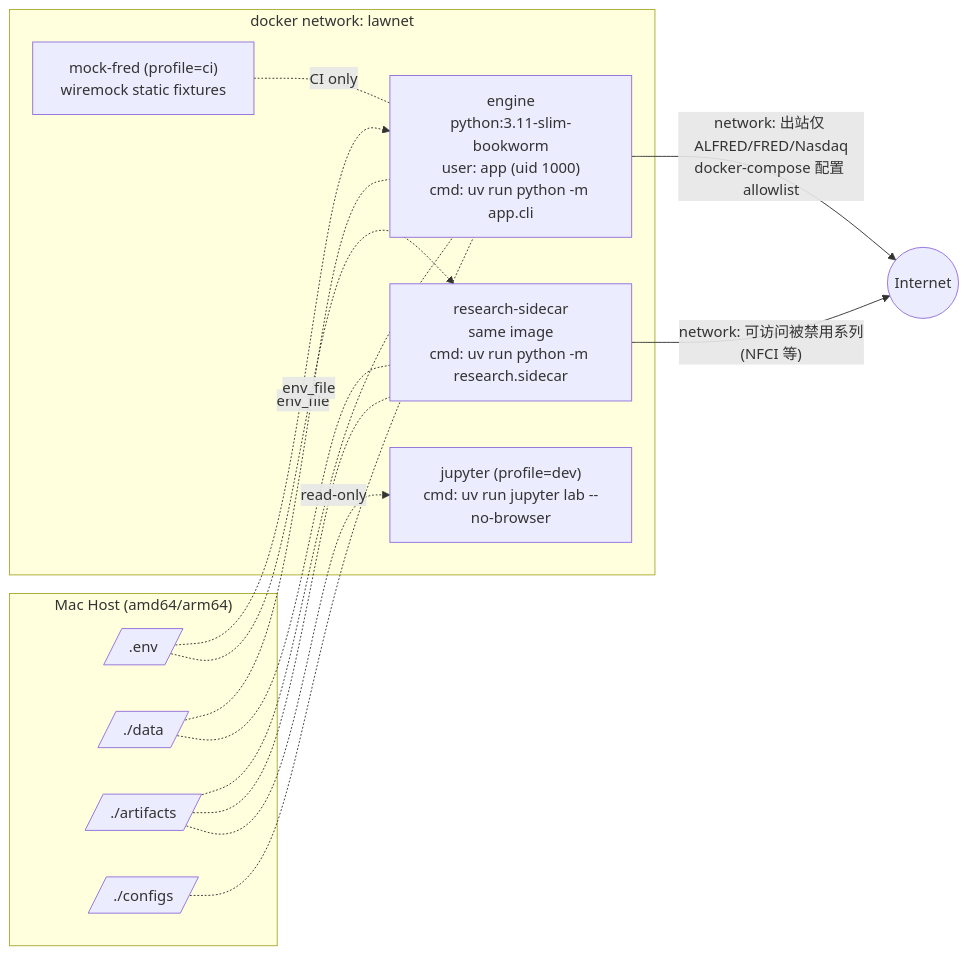
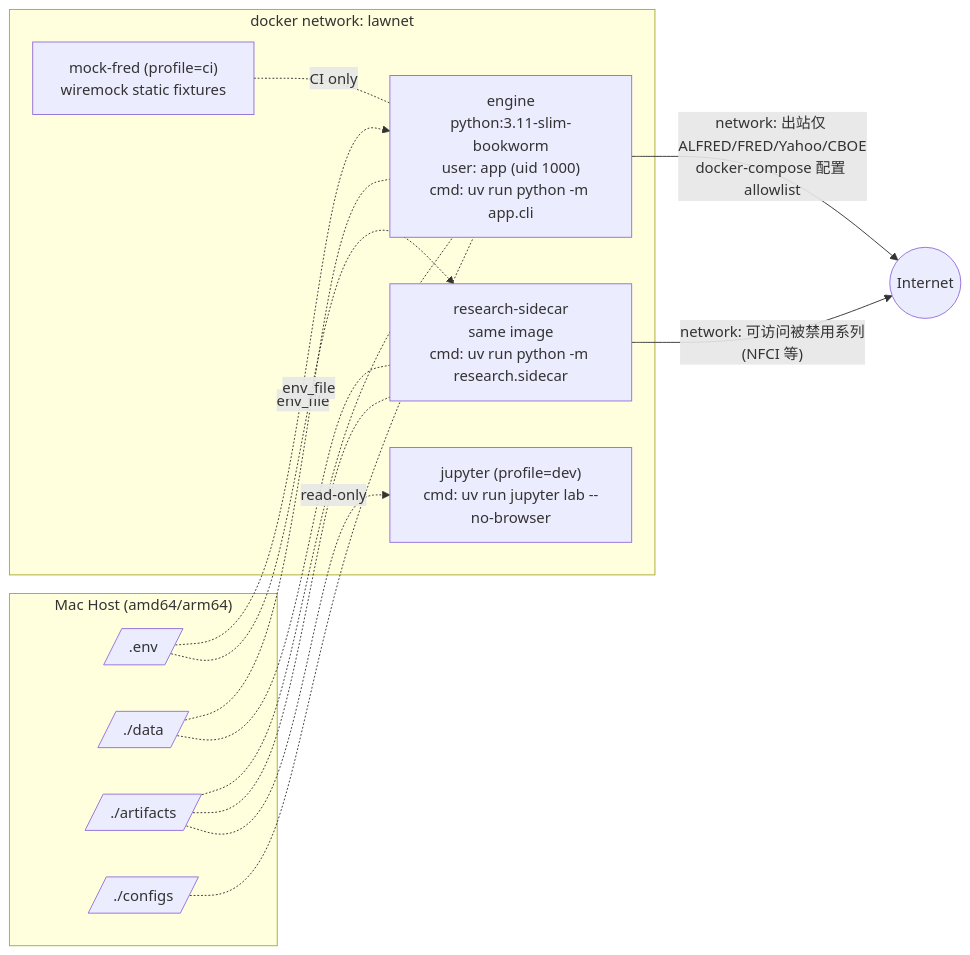
Before and after one commit to yutaofr/quantitative-finance-system: diagram 16 of 27 in docs/ADD.md, drawn with Mermaid. The commit also changed other lines of this file and 12 other files, not shown here.

Commit message:
feat: implement NasdaqClient for Yahoo Finance data and update CI dependencies

````diff
--- a/docs/ADD.md
+++ b/docs/ADD.md
@@ -748,29 +752,29 @@
 ```mermaid
 flowchart LR
     subgraph host["Mac Host (amd64/arm64)"]
         env[/".env"/]
         folder_data[/"./data"/]
         folder_art[/"./artifacts"/]
         folder_cfg[/"./configs"/]
     end
 
     subgraph compose_net["docker network: lawnet"]
         engine["engine<br/>python:3.11-slim-bookworm<br/>user: app (uid 1000)<br/>cmd: uv run python -m app.cli"]
         sidecar["research-sidecar<br/>same image<br/>cmd: uv run python -m research.sidecar"]
         jupyter["jupyter (profile=dev)<br/>cmd: uv run jupyter lab --no-browser"]
         mock["mock-fred (profile=ci)<br/>wiremock static fixtures"]
     end
 
     env -. env_file .-> engine
     env -. env_file .-> sidecar
     folder_data -.- engine
     folder_data -.- sidecar
     folder_art -.- engine
     folder_art -.- sidecar
     folder_art -. read-only .-> jupyter
     folder_cfg -.- engine
 
-    engine -- "network: 出站仅 ALFRED/FRED/Nasdaq<br/>docker-compose 配置 allowlist" --> internet((Internet))
+    engine -- "network: 出站仅 ALFRED/FRED/Yahoo/CBOE<br/>docker-compose 配置 allowlist" --> internet((Internet))
     sidecar -- "network: 可访问被禁用系列<br/>(NFCI 等)" --> internet
     mock -. CI only .- engine
 ```
````
